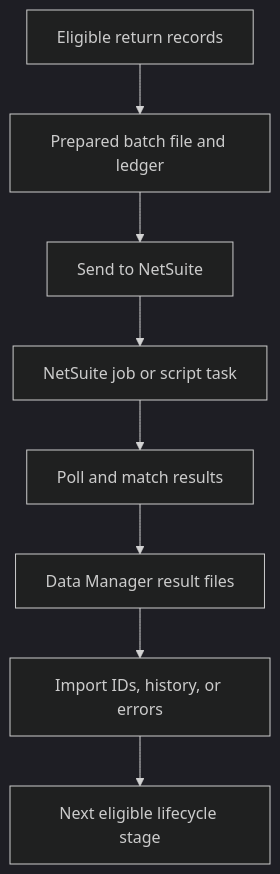
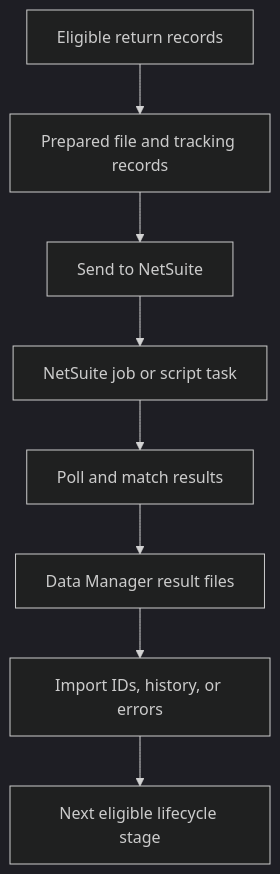
The diagram in documents/learn-netsuite/synchronization-flows/returns/README.md (hotwax/oms-documentation), drawn with Mermaid (dark theme) before and after one commit. The commit also changed other lines of this file and 5 other files, not shown here.

Commit message:
docs: clarify NetSuite upgrade and return recovery behavior

````diff
--- a/documents/learn-netsuite/synchronization-flows/returns/README.md
+++ b/documents/learn-netsuite/synchronization-flows/returns/README.md
@@ -65,10 +70,12 @@
 ```mermaid
 flowchart TD
-    due["Eligible return records"] --> prepared["Prepared batch file and ledger"]
+    accTitle: Return batch submission and result imports
+    accDescr: Eligible records are saved and submitted to NetSuite. Result files pass through Data Manager before their identifiers, history, or errors are recorded.
+    due["Eligible return records"] --> prepared["Prepared file and tracking records"]
     prepared --> sent["Send to NetSuite"]
     sent --> job["NetSuite job or script task"]
     job --> results["Poll and match results"]
     results --> imports["Data Manager result files"]
     imports --> recorded["Import IDs, history, or errors"]
     recorded --> next["Next eligible lifecycle stage"]
 ```
````
